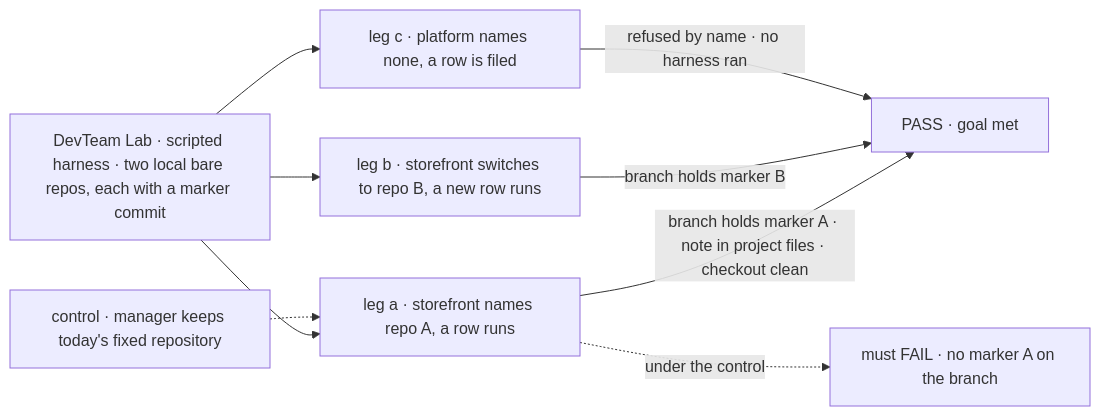
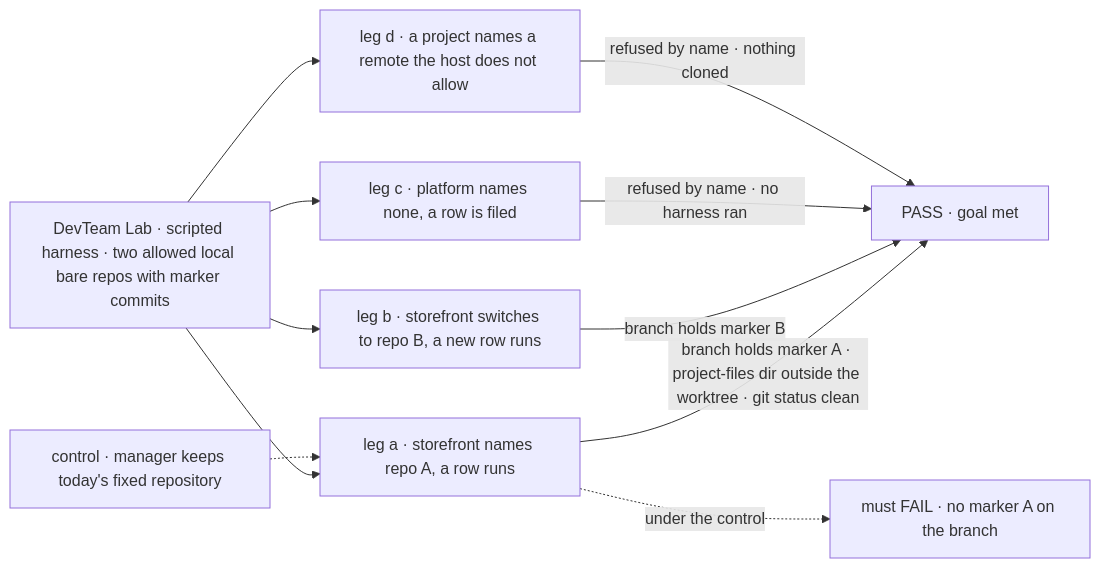
One commit to fixpoint-labs/flow-state-dev changed the first of 2 diagrams in specs/issues/FIX-1762/SPEC.md. Above: the diagram before and after it, drawn with Mermaid. The commit also changed other lines of this file and 8 other files, not shown here.

````diff
--- a/specs/issues/FIX-1762/SPEC.md
+++ b/specs/issues/FIX-1762/SPEC.md
@@ -28,11 +29,13 @@
 ```mermaid
 flowchart LR
-  A["DevTeam Lab · scripted harness · two local bare repos, each with a marker commit"] --> L1["leg a · storefront names repo A, a row runs"]
+  A["DevTeam Lab · scripted harness · two allowed local bare repos with marker commits"] --> L1["leg a · storefront names repo A, a row runs"]
   A --> L2["leg b · storefront switches to repo B, a new row runs"]
   A --> L3["leg c · platform names none, a row is filed"]
-  L1 -->|"branch holds marker A · note in project files · checkout clean"| P["PASS · goal met"]
+  A --> L4["leg d · a project names a remote the host does not allow"]
+  L1 -->|"branch holds marker A · project-files dir outside the worktree · git status clean"| P["PASS · goal met"]
   L2 -->|"branch holds marker B"| P
   L3 -->|"refused by name · no harness ran"| P
+  L4 -->|"refused by name · nothing cloned"| P
   C["control · manager keeps today's fixed repository"] -.-> L1
   L1 -.->|"under the control"| F["must FAIL · no marker A on the branch"]
 ```
````
